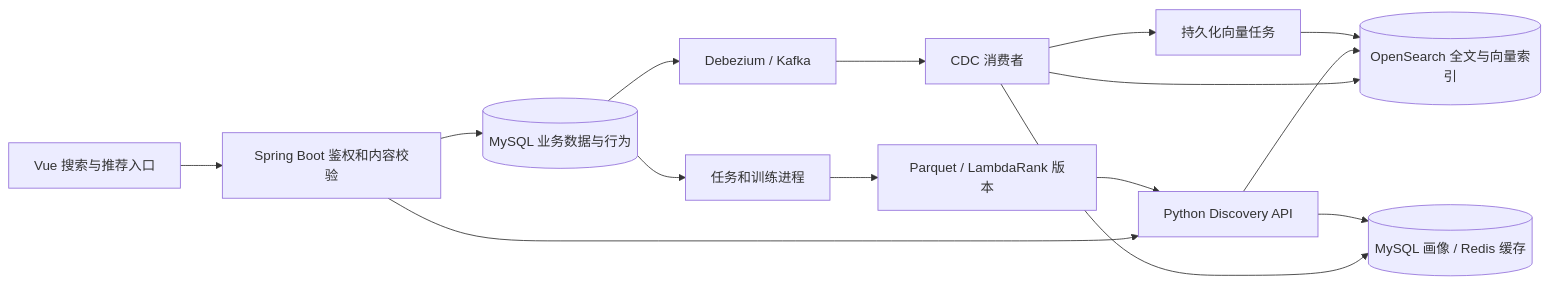
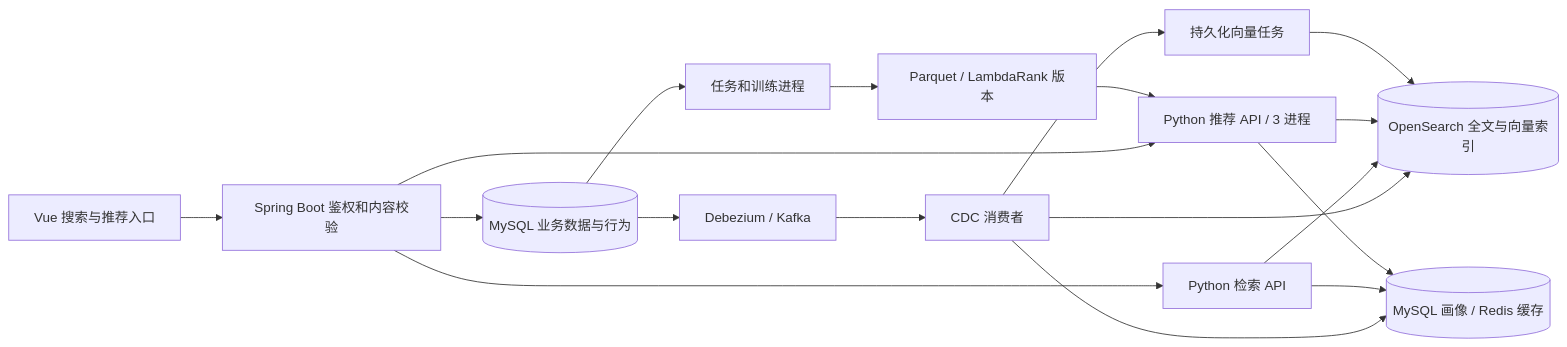
Before and after one commit to quanyechaTAT/NBAManager: the diagram in docs/discovery-system.md, drawn with Mermaid. The commit also changed other lines of this file and 16 other files, not shown here.

````diff
--- a/docs/discovery-system.md
+++ b/docs/discovery-system.md
@@ -19,17 +19,20 @@
 ```mermaid
 flowchart LR
     UI[Vue 搜索与推荐入口] --> Java[Spring Boot 鉴权和内容校验]
-    Java --> API[Python Discovery API]
+    Java --> API[Python 检索 API]
+    Java --> Rec[Python 推荐 API / 3 进程]
     Java --> DB[(MySQL 业务数据与行为)]
     DB --> CDC[Debezium / Kafka]
     CDC --> Worker[CDC 消费者]
     Worker --> Search[(OpenSearch 全文与向量索引)]
     Worker --> Profile[(MySQL 画像 / Redis 缓存)]
     API --> Search
     API --> Profile
+    Rec --> Search
+    Rec --> Profile
     DB --> Jobs[任务和训练进程]
     Jobs --> Model[Parquet / LambdaRank 版本]
-    Model --> API
+    Model --> Rec
     Worker --> Encode[持久化向量任务]
     Encode --> Search
 ```
````
